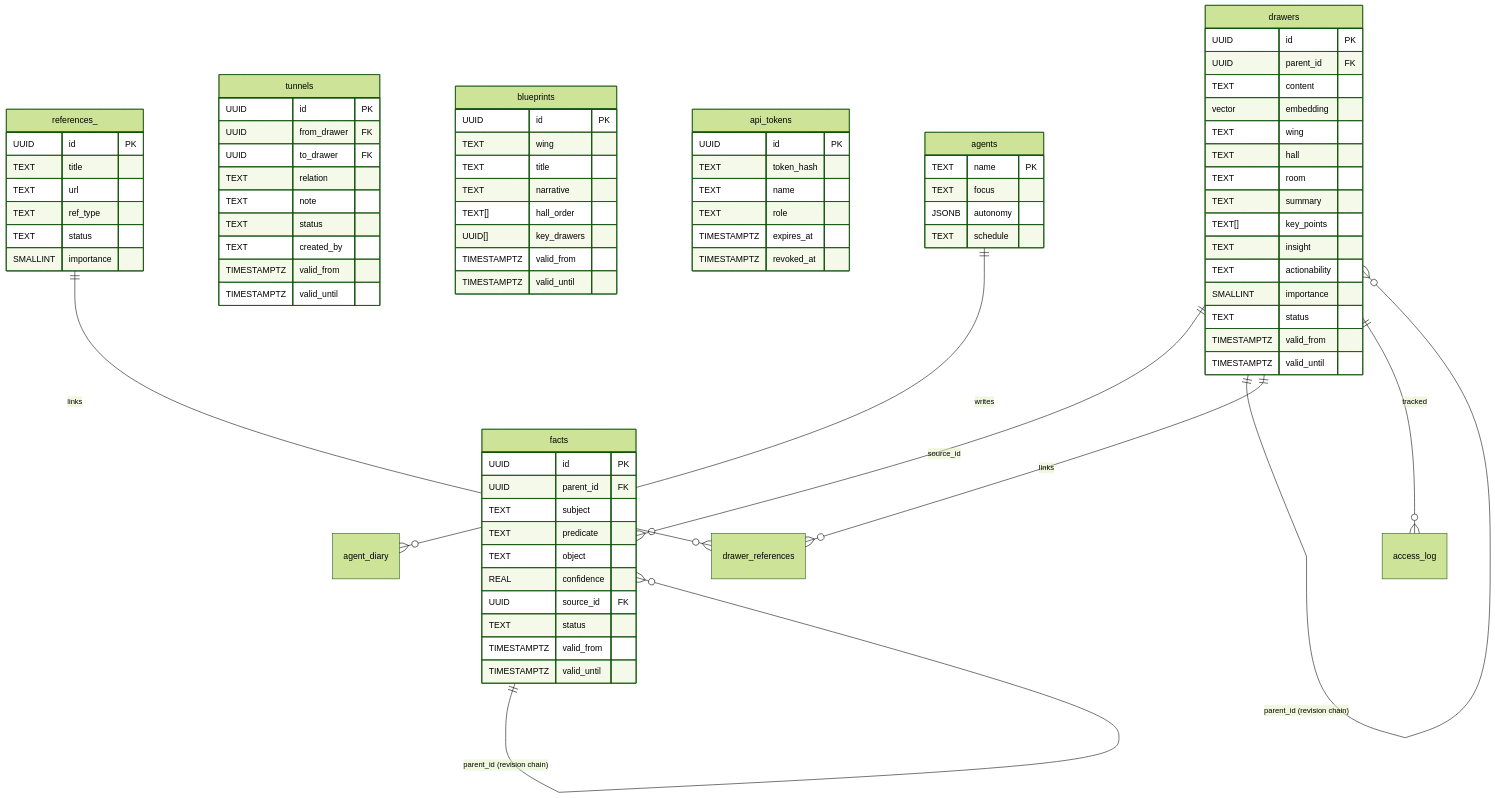
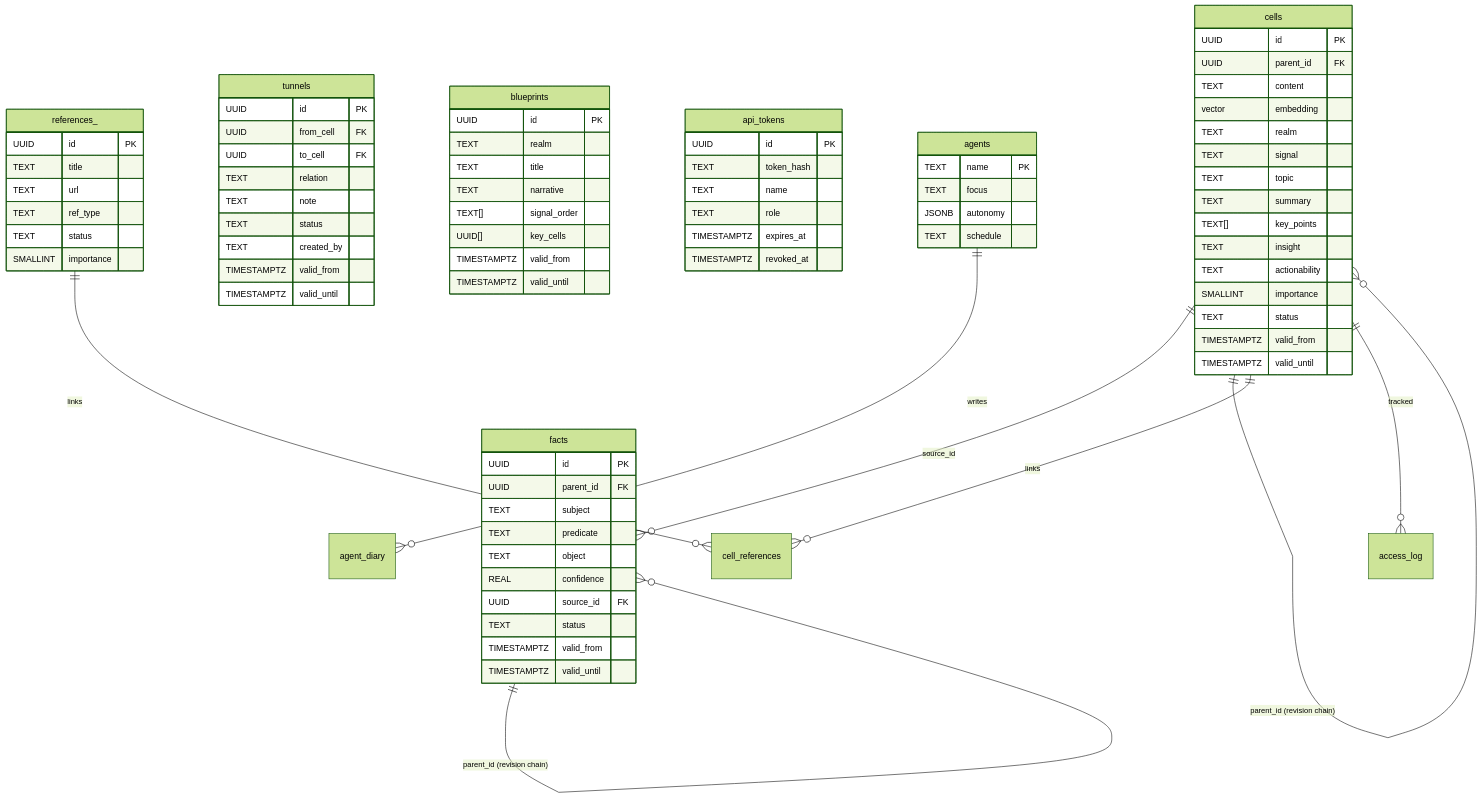
One commit to ufelmann/HiveMem changed the third of 3 diagrams in README.md. Above: the diagram before and after it, drawn with Mermaid (forest theme). The commit also changed other lines of this file and 5 other files, not shown here.

````diff
--- a/README.md
+++ b/README.md
@@ -438,13 +438,13 @@
 ```mermaid
 erDiagram
-    drawers {
+    cells {
         UUID id PK
         UUID parent_id FK
         TEXT content
         vector embedding
-        TEXT wing
-        TEXT hall
-        TEXT room
+        TEXT realm
+        TEXT signal
+        TEXT topic
         TEXT summary
         TEXT[] key_points
         TEXT insight
@@ -468,8 +468,8 @@
     }
     tunnels {
         UUID id PK
-        UUID from_drawer FK
-        UUID to_drawer FK
+        UUID from_cell FK
+        UUID to_cell FK
         TEXT relation
         TEXT note
         TEXT status
@@ -479,11 +479,11 @@
     }
     blueprints {
         UUID id PK
-        TEXT wing
+        TEXT realm
         TEXT title
         TEXT narrative
-        TEXT[] hall_order
-        UUID[] key_drawers
+        TEXT[] signal_order
+        UUID[] key_cells
         TIMESTAMPTZ valid_from
         TIMESTAMPTZ valid_until
     }
@@ -510,11 +510,11 @@
         SMALLINT importance
     }
 
-    drawers ||--o{ facts : "source_id"
-    drawers ||--o{ drawers : "parent_id (revision chain)"
+    cells ||--o{ facts : "source_id"
+    cells ||--o{ cells : "parent_id (revision chain)"
     facts ||--o{ facts : "parent_id (revision chain)"
-    drawers ||--o{ drawer_references : "links"
-    references_ ||--o{ drawer_references : "links"
+    cells ||--o{ cell_references : "links"
+    references_ ||--o{ cell_references : "links"
     agents ||--o{ agent_diary : "writes"
-    drawers ||--o{ access_log : "tracked"
+    cells ||--o{ access_log : "tracked"
 ```
````
